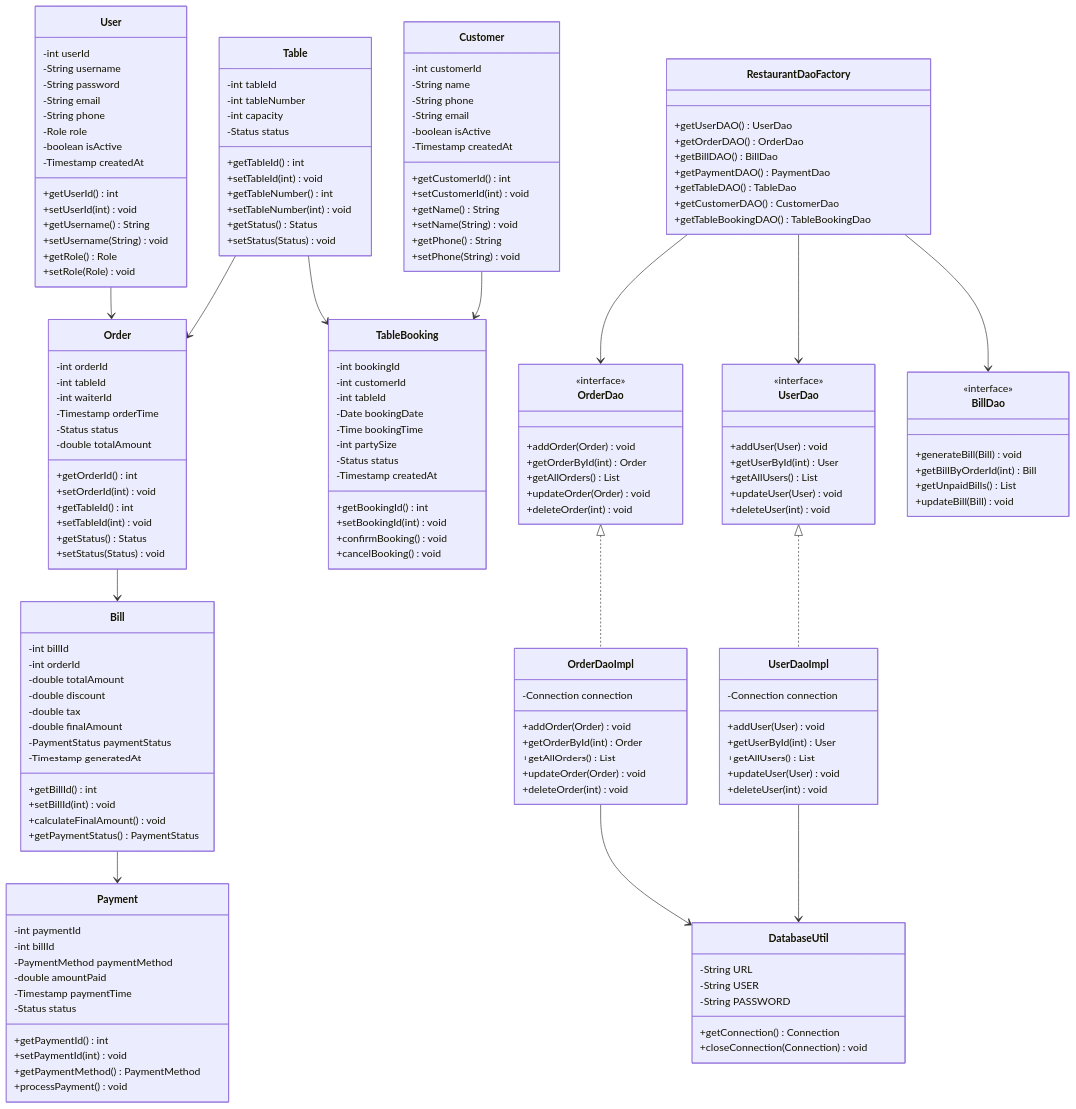
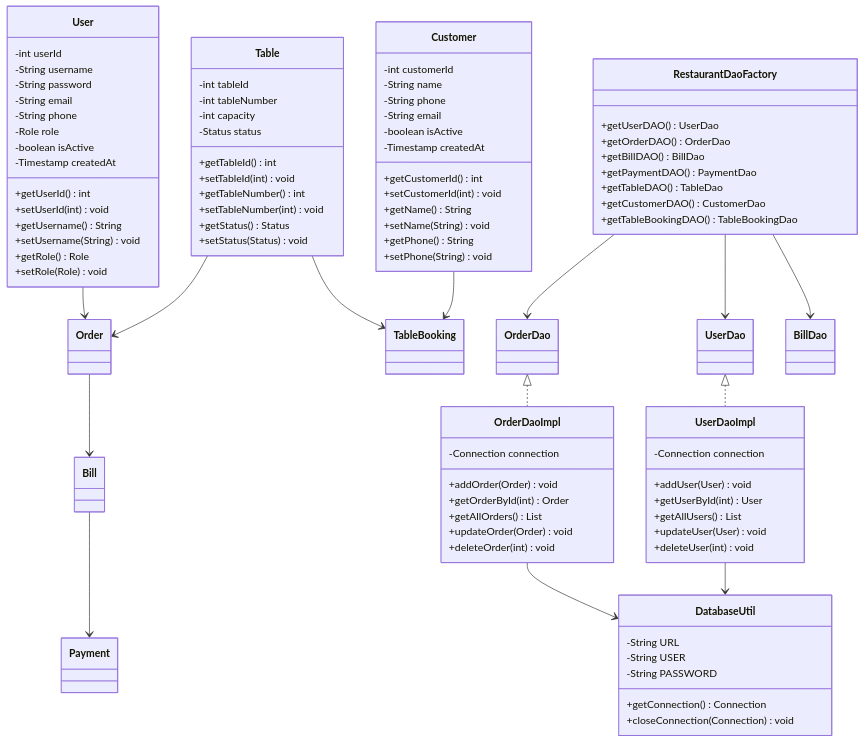
The second of 9 diagrams in README.md (Sherlocked14/Restaurant-Management-System_Zeta), drawn with Mermaid before and after one commit. The commit also changed other lines of this file, not shown here.

Commit message:
update database connection details for RMS

````diff
--- a/README.md
+++ b/README.md
@@ -376,6 +376,6 @@
 ```mermaid
 classDiagram
-    %% Model Classes
+    %% Domain Models
     class User {
         -int userId
         -String username
@@ -421,92 +421,7 @@
         +setStatus(Status) void
     }
 
-    class Order {
-        -int orderId
-        -int tableId
-        -int waiterId
-        -Timestamp orderTime
-        -Status status
-        -double totalAmount
-        +getOrderId() int
-        +setOrderId(int) void
-        +getTableId() int
-        +setTableId(int) void
-        +getStatus() Status
-        +setStatus(Status) void
-    }
-
-    class Bill {
-        -int billId
-        -int orderId
-        -double totalAmount
-        -double discount
-        -double tax
-        -double finalAmount
-        -PaymentStatus paymentStatus
-        -Timestamp generatedAt
-        +getBillId() int
-        +setBillId(int) void
-        +calculateFinalAmount() void
-        +getPaymentStatus() PaymentStatus
-    }
-
-    class Payment {
-        -int paymentId
-        -int billId
-        -PaymentMethod paymentMethod
-        -double amountPaid
-        -Timestamp paymentTime
-        -Status status
-        +getPaymentId() int
-        +setPaymentId(int) void
-        +getPaymentMethod() PaymentMethod
-        +processPayment() void
-    }
-
-    class TableBooking {
-        -int bookingId
-        -int customerId
-        -int tableId
-        -Date bookingDate
-        -Time bookingTime
-        -int partySize
-        -Status status
-        -Timestamp createdAt
-        +getBookingId() int
-        +setBookingId(int) void
-        +confirmBooking() void
-        +cancelBooking() void
-    }
-
-    %% DAO Interfaces
-    class UserDao {
-        <<interface>>
-        +addUser(User) void
-        +getUserById(int) User
-        +getAllUsers() List
-        +updateUser(User) void
-        +deleteUser(int) void
-    }
-
-    class OrderDao {
-        <<interface>>
-        +addOrder(Order) void
-        +getOrderById(int) Order
-        +getAllOrders() List
-        +updateOrder(Order) void
-        +deleteOrder(int) void
-    }
-
-    class BillDao {
-        <<interface>>
-        +generateBill(Bill) void
-        +getBillByOrderId(int) Bill
-        +getUnpaidBills() List
-        +updateBill(Bill) void
-    }
-
-    %% DAO Implementations
+    %% Data Access Implementations
     class UserDaoImpl {
         -Connection connection
         +addUser(User) void
@@ -525,7 +440,7 @@
         +deleteOrder(int) void
     }
 
-    %% Factory
+    %% Factory Implementation
     class RestaurantDaoFactory {
         +getUserDAO() UserDao
         +getOrderDAO() OrderDao
@@ -536,7 +451,7 @@
         +getTableBookingDAO() TableBookingDao
     }
 
-    %% Utility
+    %% Database Utility
     class DatabaseUtil {
         -String URL
         -String USER
@@ -545,7 +460,7 @@
         +closeConnection(Connection) void
     }
 
-    %% Relationships
+    %% Entity Relationships
     Order --> Bill
     Bill --> Payment
     Customer --> TableBooking
````
